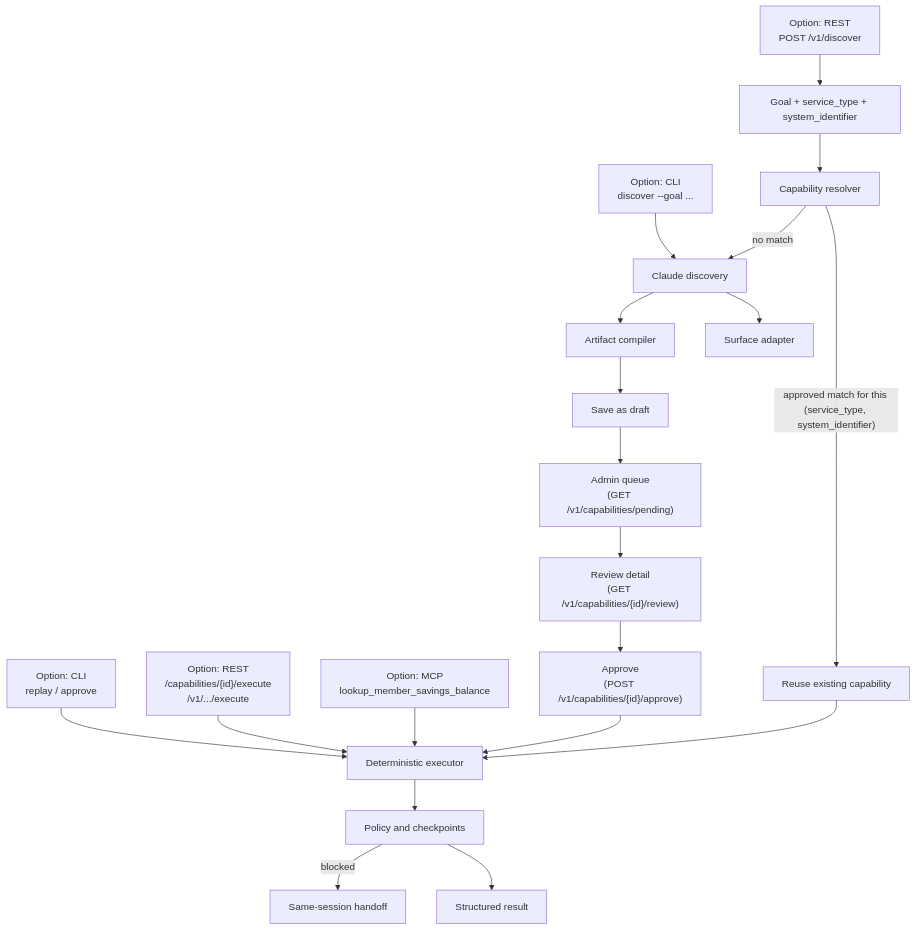
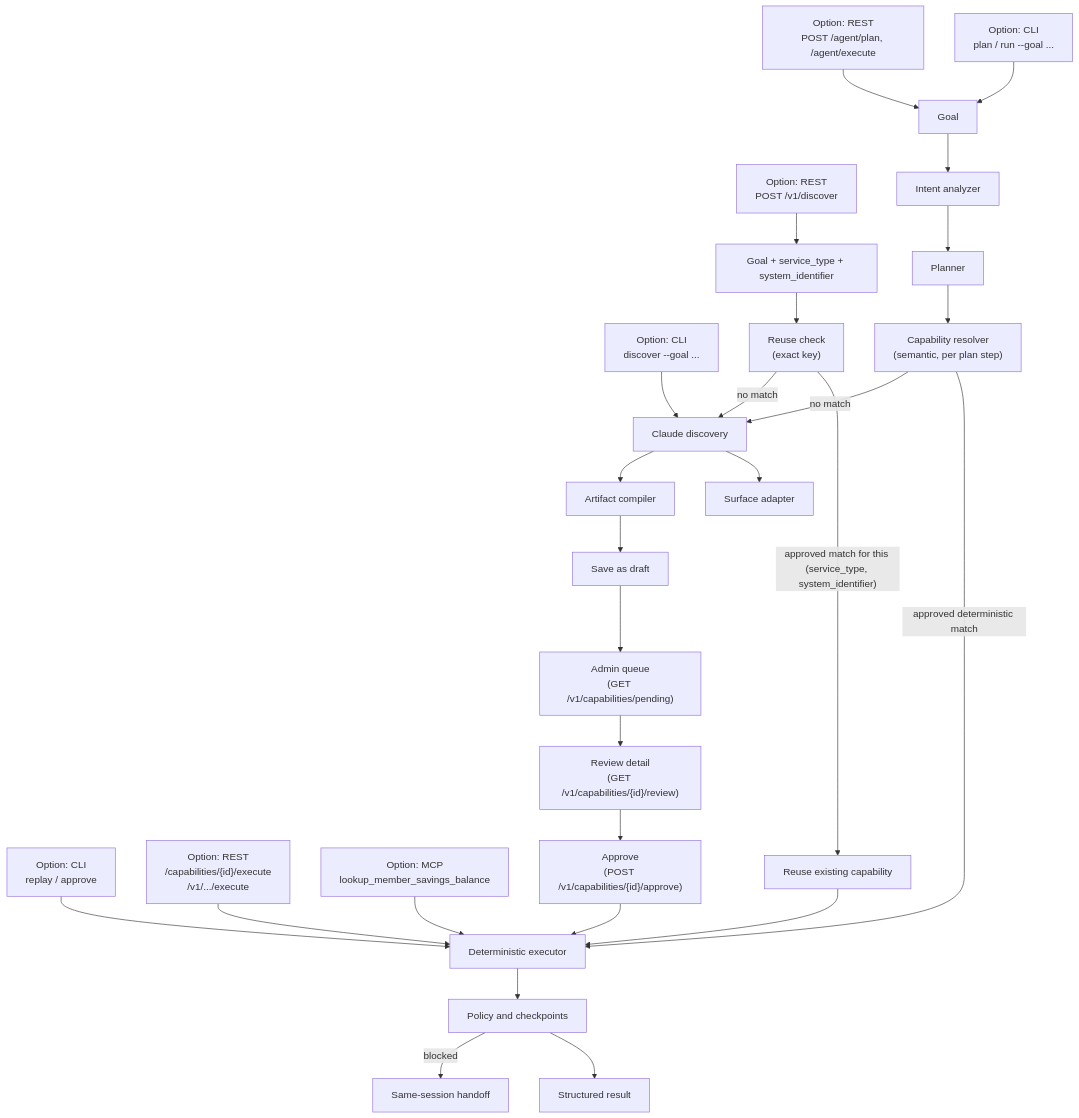
One commit to sathishKaruppannan/computer-use-capability-platform changed the diagram in README.md. Above: the diagram before and after it, drawn with Mermaid. The commit also changed other lines of this file and 12 other files, not shown here.

First line of the commit message:
Harden discovery collision safety, add service_type scoping, sync docs

````diff
--- a/README.md
+++ b/README.md
@@ -16,23 +16,31 @@
 ```mermaid
 flowchart TD
+  CLIP["Option: CLI<br/>plan / run --goal ..."] --> IA
+  RESTA["Option: REST<br/>POST /agent/plan, /agent/execute"] --> IA
   CLID["Option: CLI<br/>discover --goal ..."] --> D
   RESTD["Option: REST<br/>POST /v1/discover"] --> G
   CLIR["Option: CLI<br/>replay / approve"] --> E
   RESTE["Option: REST<br/>/capabilities/{id}/execute<br/>/v1/.../execute"] --> E
   MCPL["Option: MCP<br/>lookup_member_savings_balance"] --> E
 
-  G["Goal + service_type + system_identifier"] --> R[Capability resolver]
+  IA["Goal"] --> IN[Intent analyzer]
+  IN --> PL[Planner]
+  PL --> CR["Capability resolver<br/>(semantic, per plan step)"]
+  CR -->|approved deterministic match| E
+  CR -->|no match| D
+
+  G["Goal + service_type + system_identifier"] --> R["Reuse check<br/>(exact key)"]
   R -->|"approved match for this (service_type, system_identifier)"| X[Reuse existing capability]
   R -->|no match| D[Claude discovery]
   D --> S[Surface adapter]
   D --> C[Artifact compiler]
   C --> N["Save as draft"]
   N --> Q["Admin queue<br/>(GET /v1/capabilities/pending)"]
   Q --> W["Review detail<br/>(GET /v1/capabilities/{id}/review)"]
   W --> V["Approve<br/>(POST /v1/capabilities/{id}/approve)"]
   X --> E[Deterministic executor]
   V --> E
   E --> P[Policy and checkpoints]
   P --> A[Structured result]
   P -->|blocked| H[Same-session handoff]
 ```
````
